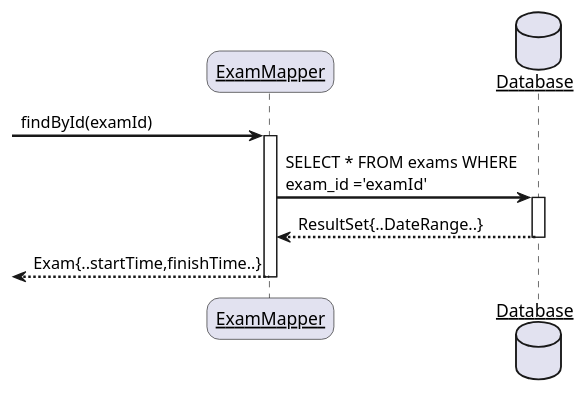
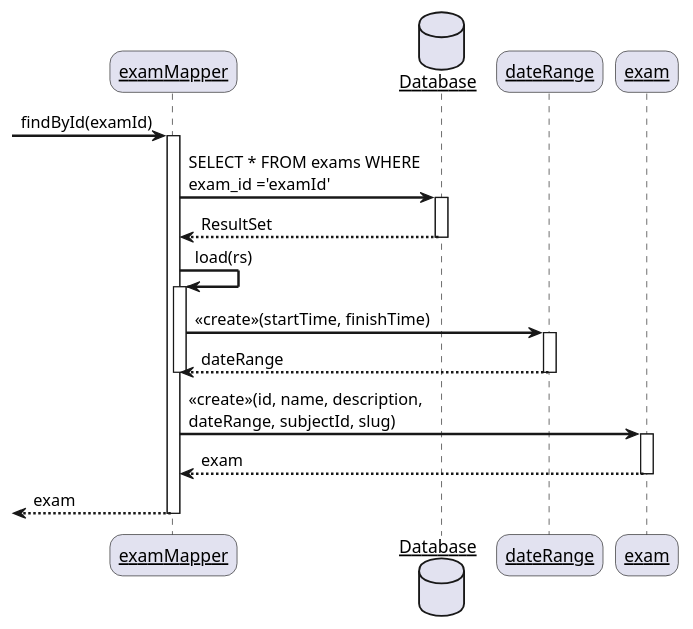
One commit to omjadas/ekzameno changed the diagram in docs/diagrams/sequence/embeddedValue.puml. Above: the diagram before and after it, drawn with PlantUML. The commit also changed 6 other files, not shown here.

Commit message:
fix: sequence diagrams

```diff
--- a/docs/diagrams/sequence/embeddedValue.puml
+++ b/docs/diagrams/sequence/embeddedValue.puml
@@ -1,23 +1,41 @@
 @startuml Embedded Value
 
 skinparam sequenceArrowThickness 2
 skinparam roundcorner 20
 skinparam maxmessagesize 200
 skinparam sequenceParticipant underline
 
-participant "ExamMapper" as A
-database Database as B
+participant "examMapper" as A
+database Database as D
+participant "dateRange" as B
+participant "exam" as C
 
 -> A: findById(examId)
 activate A
 
-A -> B: SELECT * FROM exams WHERE exam_id ='examId'
+A -> D: SELECT * FROM exams WHERE exam_id ='examId'
+activate D
+
+D --> A: ResultSet
+deactivate D
+
+A -> A : load(rs)
+activate A
+
+A -> B : <<create>>(startTime, finishTime)
 activate B
 
-B --> A: ResultSet{..DateRange..}
+B --> A : dateRange
 deactivate B
+deactivate A
 
- <-- A : Exam{..startTime,finishTime..}
+A -> C : <<create>>(id, name, description, dateRange, subjectId, slug)
+activate C
+
+C --> A : exam
+deactivate C
+
+<-- A : exam
 deactivate A
 
 @enduml
```
